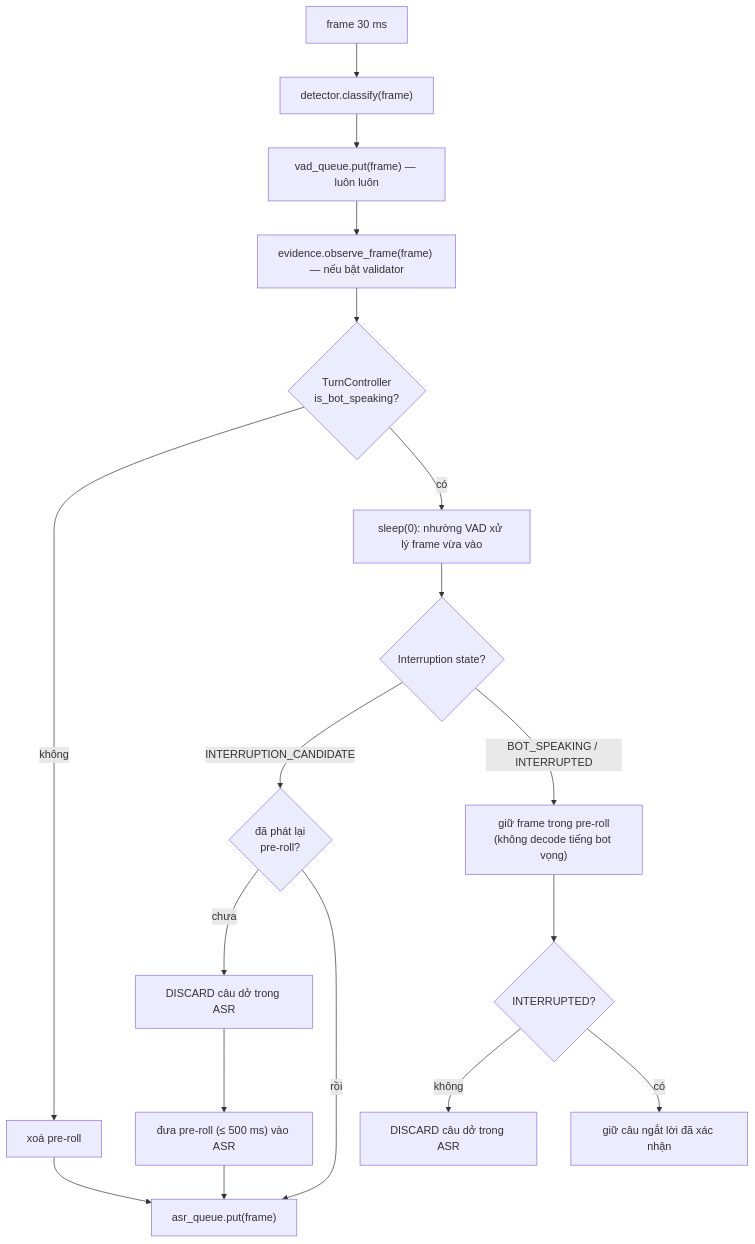
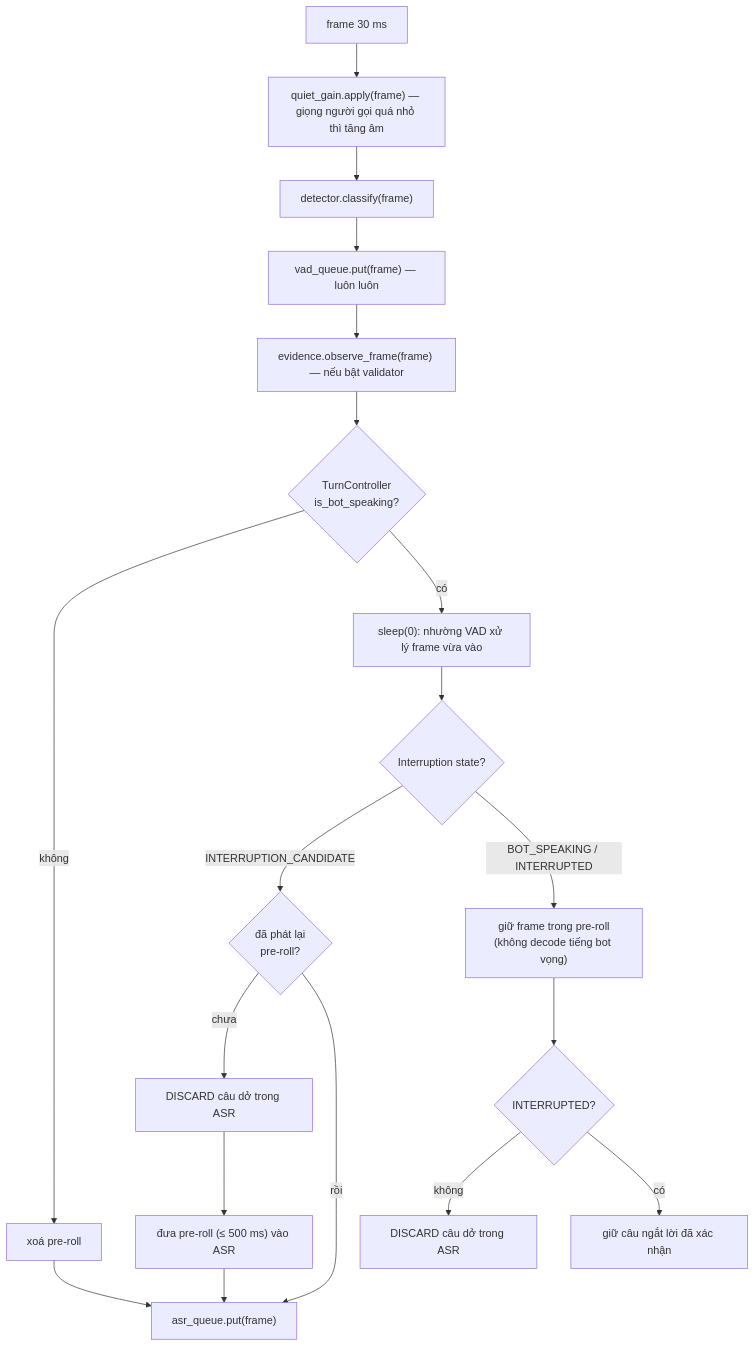
Before and after one commit to DuongXD-27/clinic-voice-agent: the fourth of 8 diagrams in docs/reference/stt-flow.md, drawn with Mermaid. The commit also changed other lines of this file and 8 other files, not shown here.

````diff
--- a/docs/reference/stt-flow.md
+++ b/docs/reference/stt-flow.md
@@ -122,17 +122,18 @@
 ```mermaid
 flowchart TD
-    F["frame 30 ms"] --> C["detector.classify(frame)"]
+    F["frame 30 ms"] --> G["quiet_gain.apply(frame) — giọng người gọi quá nhỏ thì tăng âm"]
+    G --> C["detector.classify(frame)"]
     C --> V["vad_queue.put(frame) — luôn luôn"]
     V --> E["evidence.observe_frame(frame) — nếu bật validator"]
     E --> B{"TurnController<br/>is_bot_speaking?"}
     B -- không --> CLR["xoá pre-roll"] --> SEND["asr_queue.put(frame)"]
     B -- có --> Y["sleep(0): nhường VAD xử lý frame vừa vào"]
     Y --> S{"Interruption state?"}
     S -- "INTERRUPTION_CANDIDATE" --> R{"đã phát lại<br/>pre-roll?"}
     R -- chưa --> D1["DISCARD câu dở trong ASR"] --> RP["đưa pre-roll (≤ 500 ms) vào ASR"] --> SEND
     R -- rồi --> SEND
     S -- "BOT_SPEAKING / INTERRUPTED" --> PR["giữ frame trong pre-roll<br/>(không decode tiếng bot vọng)"]
     PR --> I{"INTERRUPTED?"}
     I -- không --> D2["DISCARD câu dở trong ASR"]
     I -- có --> K["giữ câu ngắt lời đã xác nhận"]
 ```
````
